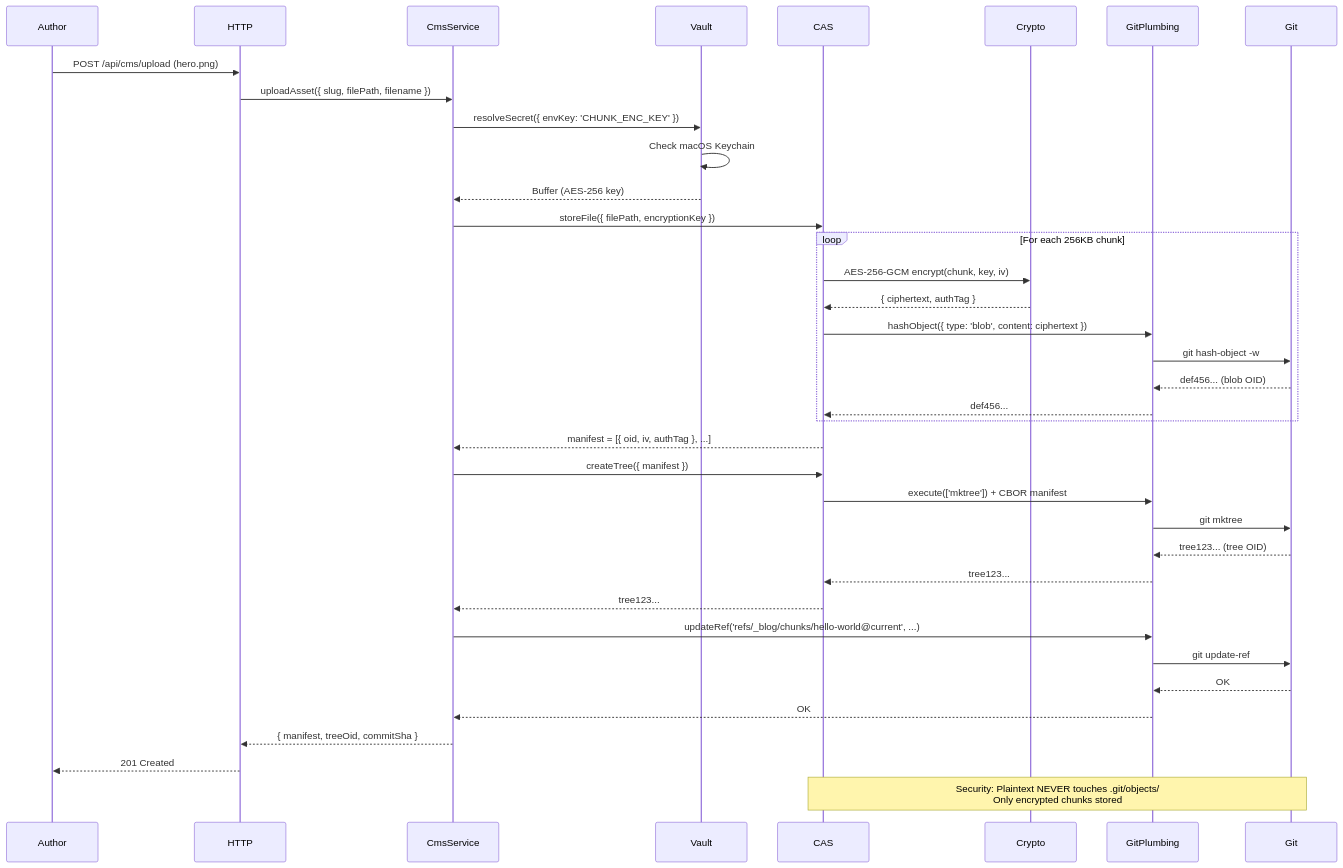
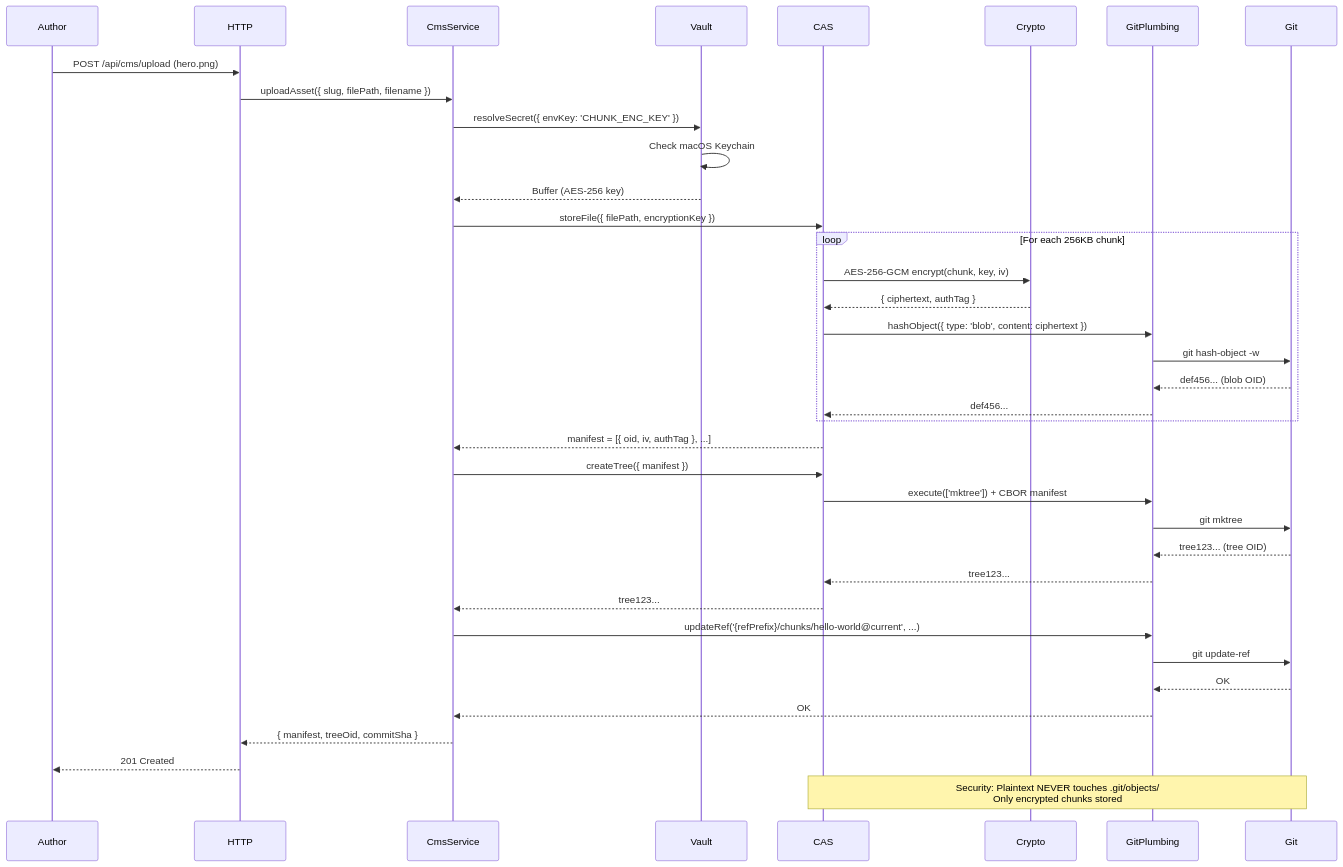
The sixth of 14 diagrams in docs/ADR.md (flyingrobots/git-cms), drawn with Mermaid before and after one commit. The commit also changed other lines of this file and 35 other files, not shown here.

````diff
--- a/docs/ADR.md
+++ b/docs/ADR.md
@@ -656,48 +656,48 @@
 ```mermaid
 sequenceDiagram
     participant Author
     participant HTTP
     participant CmsService
     participant Vault
     participant CAS
     participant Crypto
     participant GitPlumbing
     participant Git
 
     Author->>HTTP: POST /api/cms/upload (hero.png)
     HTTP->>CmsService: uploadAsset({ slug, filePath, filename })
 
     CmsService->>Vault: resolveSecret({ envKey: 'CHUNK_ENC_KEY' })
     Vault->>Vault: Check macOS Keychain
     Vault-->>CmsService: Buffer (AES-256 key)
 
     CmsService->>CAS: storeFile({ filePath, encryptionKey })
 
     loop For each 256KB chunk
         CAS->>Crypto: AES-256-GCM encrypt(chunk, key, iv)
         Crypto-->>CAS: { ciphertext, authTag }
         CAS->>GitPlumbing: hashObject({ type: 'blob', content: ciphertext })
         GitPlumbing->>Git: git hash-object -w
         Git-->>GitPlumbing: def456... (blob OID)
         GitPlumbing-->>CAS: def456...
     end
 
     CAS-->>CmsService: manifest = [{ oid, iv, authTag }, ...]
 
     CmsService->>CAS: createTree({ manifest })
     CAS->>GitPlumbing: execute(['mktree']) + CBOR manifest
     GitPlumbing->>Git: git mktree
     Git-->>GitPlumbing: tree123... (tree OID)
     GitPlumbing-->>CAS: tree123...
     CAS-->>CmsService: tree123...
 
-    CmsService->>GitPlumbing: updateRef('refs/_blog/chunks/hello-world@current', ...)
+    CmsService->>GitPlumbing: updateRef('{refPrefix}/chunks/hello-world@current', ...)
     GitPlumbing->>Git: git update-ref
     Git-->>GitPlumbing: OK
     GitPlumbing-->>CmsService: OK
 
     CmsService-->>HTTP: { manifest, treeOid, commitSha }
     HTTP-->>Author: 201 Created
 
     Note over CAS,Git: Security: Plaintext NEVER touches .git/objects/<br/>Only encrypted chunks stored
 ```
````
